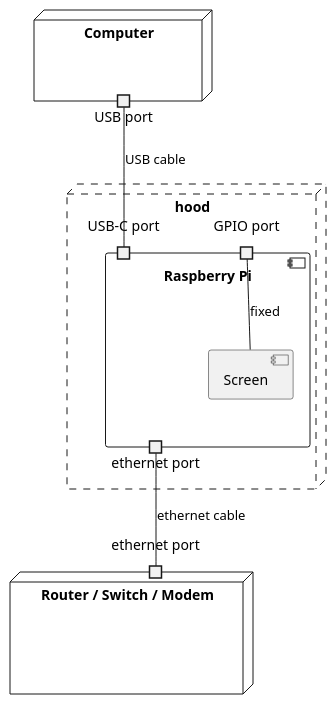
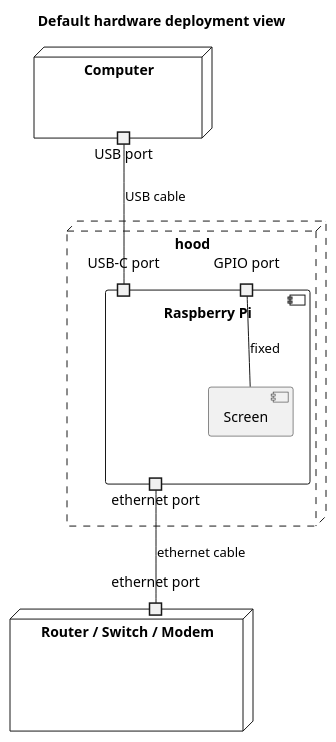
One commit to YongBinnnnnnnnnnnnnnnnnnnnnnnnnnnnnnnnn/hood changed the diagram in paper/graphics/puml/hardware-deployment-view.puml. Above: the diagram before and after it, drawn with PlantUML.

```diff
--- a/paper/graphics/puml/hardware-deployment-view.puml
+++ b/paper/graphics/puml/hardware-deployment-view.puml
@@ -1,20 +1,21 @@
 @startuml
+title Default hardware deployment view
 node Computer {
 portout "USB port" as computerusb
 }
 node hood #line.dashed {
 component "Raspberry Pi" as pi {
 portin "USB-C port" as piusb
 port "GPIO port" as gpiopi
 portout "ethernet port" as piethernet
 component Screen
 }
 }
 node "Router / Switch / Modem" as router {
 port "ethernet port" as routerethernet
 }
 computerusb -- piusb : USB cable
 gpiopi - Screen : fixed
 piethernet -- routerethernet : ethernet cable
 
 @enduml
```
